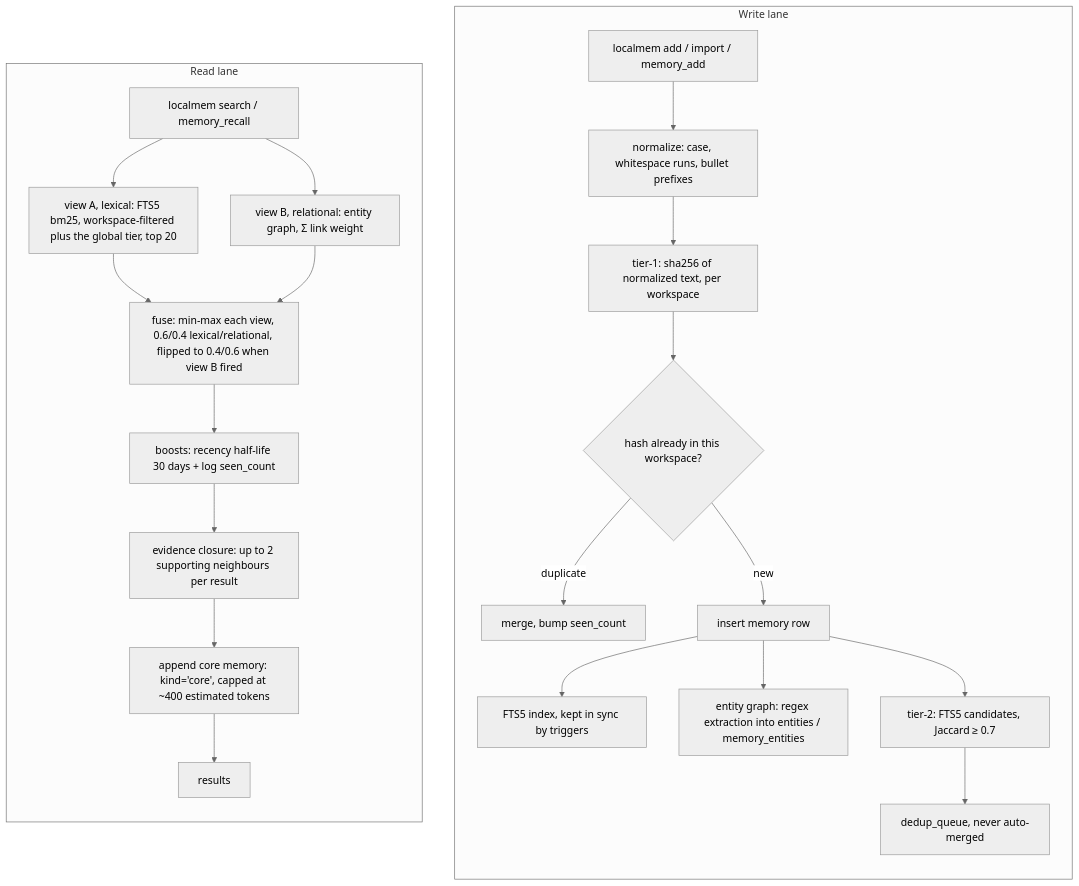
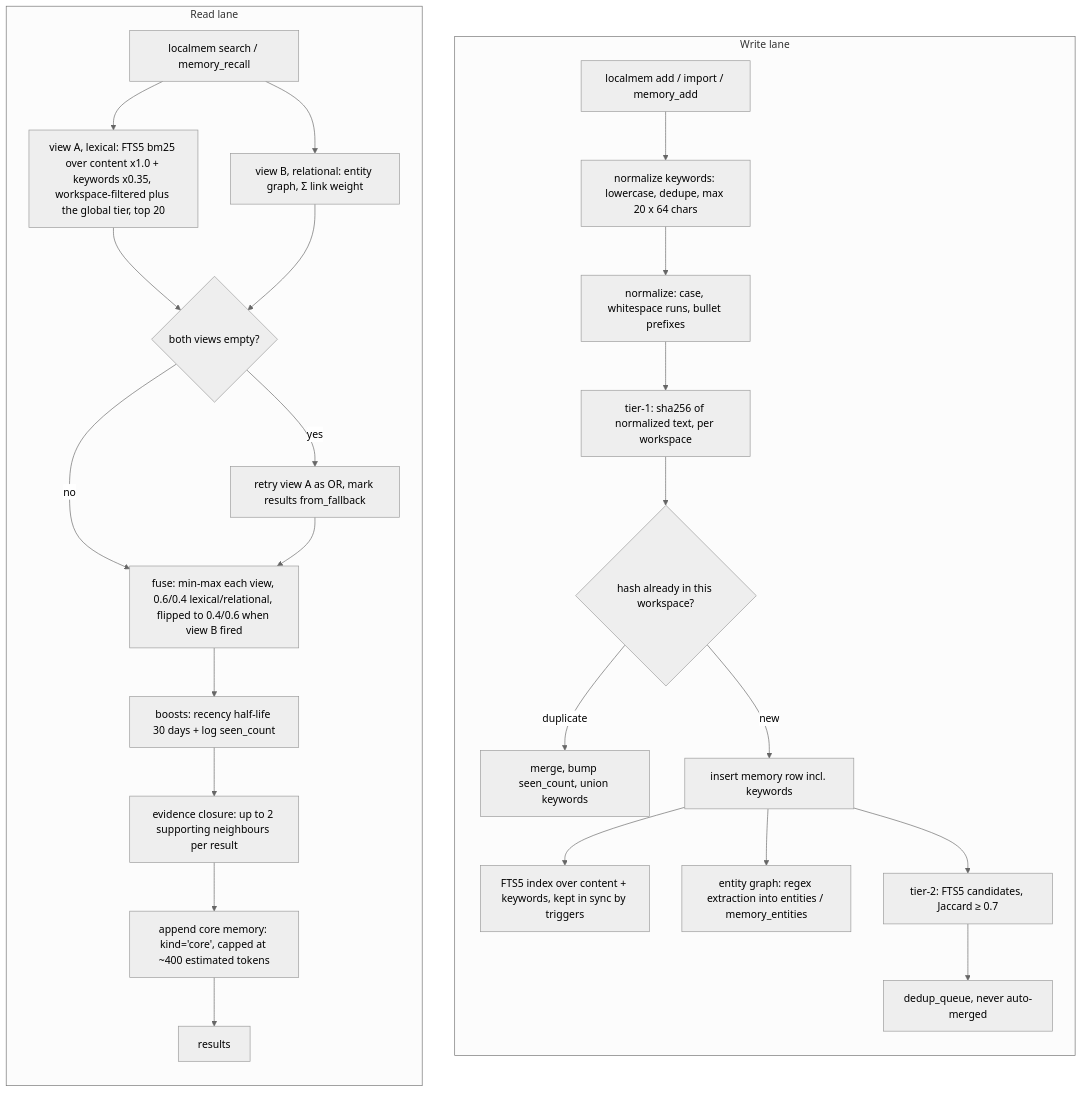
One commit to dangchison/localmem changed the second of 2 diagrams in README.md. Above: the diagram before and after it, drawn with Mermaid (neutral theme). The commit also changed other lines of this file and 21 other files, not shown here.

````diff
--- a/README.md
+++ b/README.md
@@ -462,26 +469,30 @@
 ```mermaid
 flowchart TD
   subgraph WRITE["Write lane"]
     direction TB
-    WIN["localmem add / import / memory_add"] --> NORM["normalize: case, whitespace runs, bullet prefixes"]
+    WIN["localmem add / import / memory_add"] --> KW["normalize keywords: lowercase, dedupe, max 20 x 64 chars"]
+    KW --> NORM["normalize: case, whitespace runs, bullet prefixes"]
     NORM --> HASH["tier-1: sha256 of normalized text, per workspace"]
     HASH --> DUP{"hash already in this workspace?"}
-    DUP -->|duplicate| MERGE["merge, bump seen_count"]
-    DUP -->|new| INS["insert memory row"]
-    INS --> FTSIDX["FTS5 index, kept in sync by triggers"]
+    DUP -->|duplicate| MERGE["merge, bump seen_count, union keywords"]
+    DUP -->|new| INS["insert memory row incl. keywords"]
+    INS --> FTSIDX["FTS5 index over content + keywords, kept in sync by triggers"]
     INS --> ENT["entity graph: regex extraction into entities / memory_entities"]
     INS --> T2["tier-2: FTS5 candidates, Jaccard ≥ 0.7"]
     T2 --> QUEUE["dedup_queue, never auto-merged"]
   end
   subgraph READ["Read lane"]
     direction TB
-    RIN["localmem search / memory_recall"] --> VA["view A, lexical: FTS5 bm25, workspace-filtered plus the global tier, top 20"]
+    RIN["localmem search / memory_recall"] --> VA["view A, lexical: FTS5 bm25 over content x1.0 + keywords x0.35, workspace-filtered plus the global tier, top 20"]
     RIN --> VB["view B, relational: entity graph, Σ link weight"]
-    VA --> FUSE["fuse: min-max each view, 0.6/0.4 lexical/relational, flipped to 0.4/0.6 when view B fired"]
-    VB --> FUSE
+    VA --> GATE{"both views empty?"}
+    VB --> GATE
+    GATE -->|yes| ORFB["retry view A as OR, mark results from_fallback"]
+    GATE -->|no| FUSE["fuse: min-max each view, 0.6/0.4 lexical/relational, flipped to 0.4/0.6 when view B fired"]
+    ORFB --> FUSE
     FUSE --> BOOST["boosts: recency half-life 30 days + log seen_count"]
     BOOST --> EVID["evidence closure: up to 2 supporting neighbours per result"]
     EVID --> CORE["append core memory: kind='core', capped at ~400 estimated tokens"]
     CORE --> OUT["results"]
   end
 ```
````
